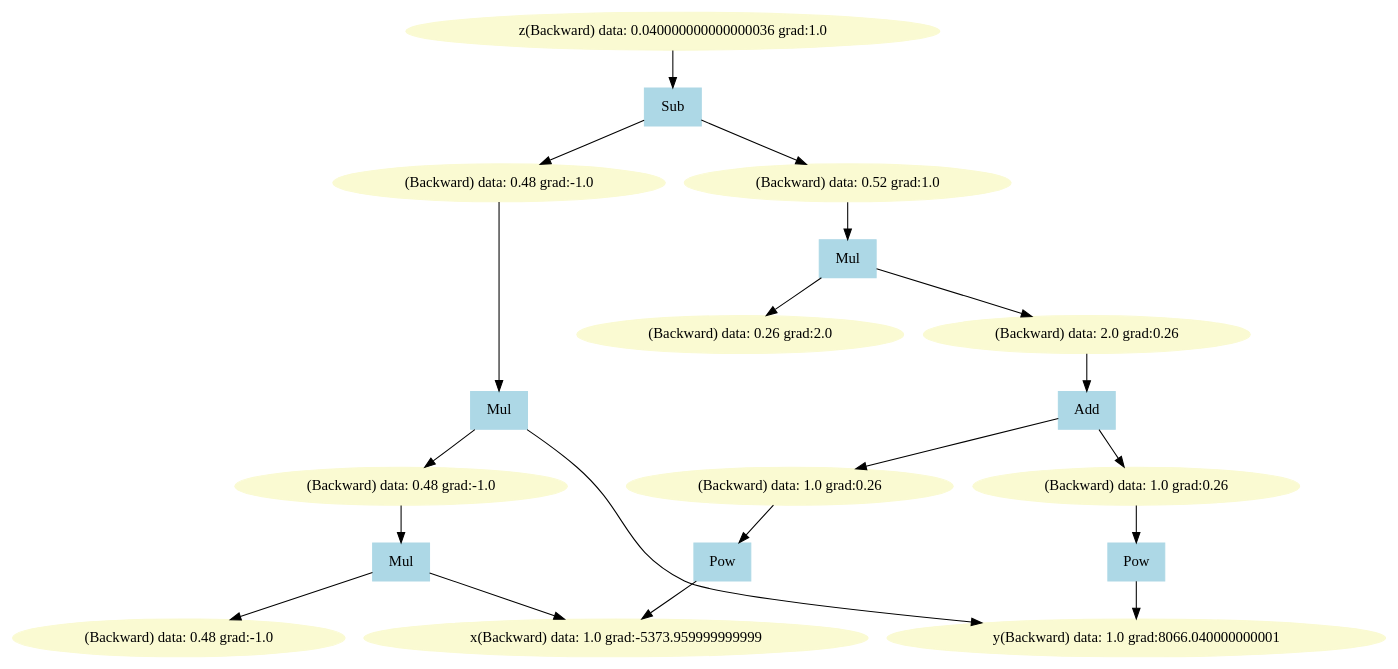
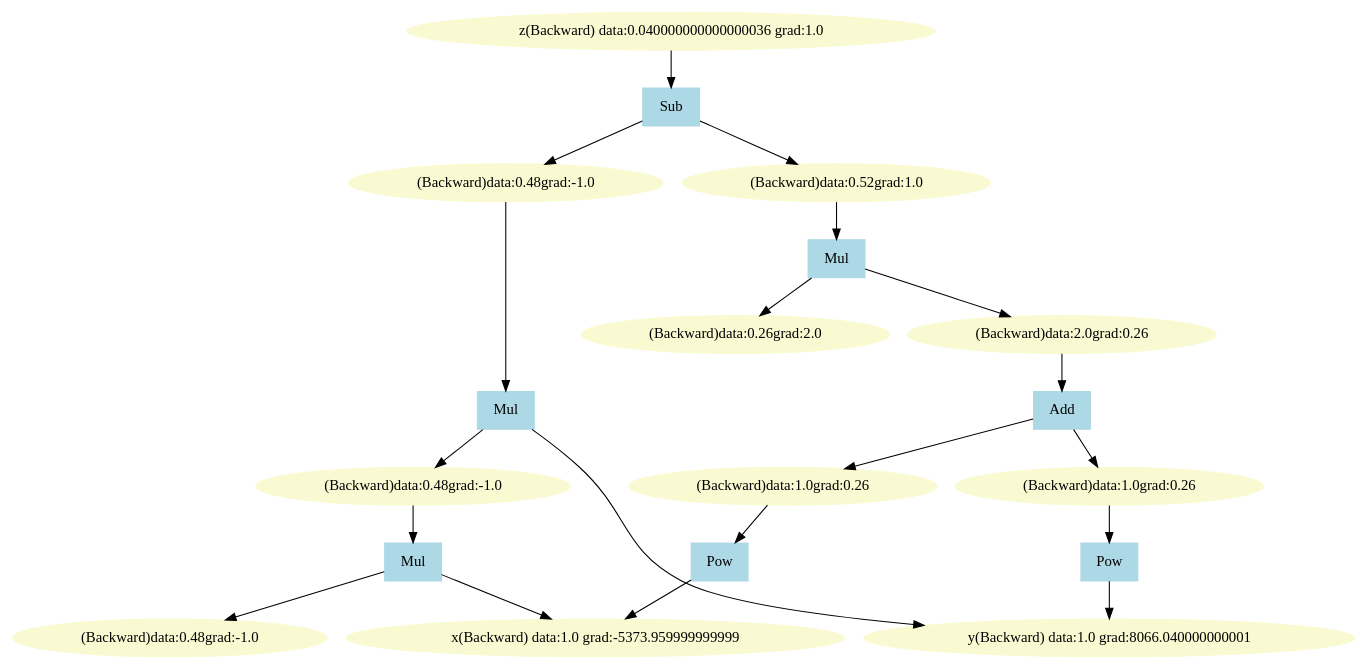
The diagram in LearnTorch_ALL/TeachImage/CGMap/matyasBackward.dot (ZeweiLi999/Large_Model_From_None), drawn with Graphviz before and after one commit. The commit also changed 47 other files, not shown here.

Commit message:
1.支持自动计算高阶导数，重写多个函数mul sub pow sin，新增cos函数 ；2.添加新可视化图片sin导数和y=x**4导数，新增GIF牛顿法可视化对比；3.重写readme为相对路径引用；4.为VirtualAssistant添加images文件夹

```diff
--- a/LearnTorch_ALL/TeachImage/CGMap/matyasBackward.dot
+++ b/LearnTorch_ALL/TeachImage/CGMap/matyasBackward.dot
@@ -1,41 +1,41 @@
 digraph g {
-2714442409104 [label="z(Backward) data: 0.040000000000000036 grad:1.0", color=lightgoldenrodyellow, style=filled]
-2714442409200 [label ="Sub", color=lightblue, style=filled, shape=box]
-2714442409200 -> 2714442409776
-2714442409200 -> 2714442409296
-2714442409104 -> 2714442409200
-2714442409776 [label="(Backward) data: 0.52 grad:1.0", color=lightgoldenrodyellow, style=filled]
-2714442409296 [label="(Backward) data: 0.48 grad:-1.0", color=lightgoldenrodyellow, style=filled]
-2714442409392 [label ="Mul", color=lightblue, style=filled, shape=box]
-2714442409392 -> 2714442409488
-2714442409392 -> 2716550835600
-2714442409296 -> 2714442409392
-2714442409488 [label="(Backward) data: 0.48 grad:-1.0", color=lightgoldenrodyellow, style=filled]
-2716550835600 [label="y(Backward) data: 1.0 grad:8066.040000000001", color=lightgoldenrodyellow, style=filled]
-2714442409680 [label ="Mul", color=lightblue, style=filled, shape=box]
-2714442409680 -> 2716550835648
-2714442409680 -> 2714442409584
-2714442409488 -> 2714442409680
-2716550835648 [label="x(Backward) data: 1.0 grad:-5373.959999999999", color=lightgoldenrodyellow, style=filled]
-2714442409584 [label="(Backward) data: 0.48 grad:-1.0", color=lightgoldenrodyellow, style=filled]
-2714442409968 [label ="Mul", color=lightblue, style=filled, shape=box]
-2714442409968 -> 2714442466448
-2714442409968 -> 2714442409872
-2714442409776 -> 2714442409968
-2714442466448 [label="(Backward) data: 2.0 grad:0.26", color=lightgoldenrodyellow, style=filled]
-2714442409872 [label="(Backward) data: 0.26 grad:2.0", color=lightgoldenrodyellow, style=filled]
-2714442466592 [label ="Add", color=lightblue, style=filled, shape=box]
-2714442466592 -> 2714442466736
-2714442466592 -> 2714442466640
-2714442466448 -> 2714442466592
-2714442466736 [label="(Backward) data: 1.0 grad:0.26", color=lightgoldenrodyellow, style=filled]
-2714442466640 [label="(Backward) data: 1.0 grad:0.26", color=lightgoldenrodyellow, style=filled]
-2714442466976 [label ="Pow", color=lightblue, style=filled, shape=box]
-2714442466976 -> 2716550835600
-2714442466640 -> 2714442466976
-2716550835600 [label="y(Backward) data: 1.0 grad:8066.040000000001", color=lightgoldenrodyellow, style=filled]
-2716550835504 [label ="Pow", color=lightblue, style=filled, shape=box]
-2716550835504 -> 2716550835648
-2714442466736 -> 2716550835504
-2716550835648 [label="x(Backward) data: 1.0 grad:-5373.959999999999", color=lightgoldenrodyellow, style=filled]
+Backward2667169911904 [label="z(Backward) data:0.040000000000000036 grad:1.0", color=lightgoldenrodyellow, style=filled]
+Backward2667169911808 [label ="Sub", color=lightblue, style=filled, shape=box]
+Backward2667169911808 -> Backward2667169911232
+Backward2667169911808 -> Backward2667169911712
+Backward2667169911904 -> Backward2667169911808
+Backward2667169911232 [label="(Backward)data:0.52grad:1.0", color=lightgoldenrodyellow, style=filled]
+Backward2667169911712 [label="(Backward)data:0.48grad:-1.0", color=lightgoldenrodyellow, style=filled]
+Backward2667169911616 [label ="Mul", color=lightblue, style=filled, shape=box]
+Backward2667169911616 -> Backward2667169911520
+Backward2667169911616 -> Backward2667152493296
+Backward2667169911712 -> Backward2667169911616
+Backward2667169911520 [label="(Backward)data:0.48grad:-1.0", color=lightgoldenrodyellow, style=filled]
+Backward2667152493296 [label="y(Backward) data:1.0 grad:8066.040000000001", color=lightgoldenrodyellow, style=filled]
+Backward2667169911328 [label ="Mul", color=lightblue, style=filled, shape=box]
+Backward2667169911328 -> Backward2667152493344
+Backward2667169911328 -> Backward2667169911424
+Backward2667169911520 -> Backward2667169911328
+Backward2667152493344 [label="x(Backward) data:1.0 grad:-5373.959999999999", color=lightgoldenrodyellow, style=filled]
+Backward2667169911424 [label="(Backward)data:0.48grad:-1.0", color=lightgoldenrodyellow, style=filled]
+Backward2667169911040 [label ="Mul", color=lightblue, style=filled, shape=box]
+Backward2667169911040 -> Backward2667169647344
+Backward2667169911040 -> Backward2667169911136
+Backward2667169911232 -> Backward2667169911040
+Backward2667169647344 [label="(Backward)data:2.0grad:0.26", color=lightgoldenrodyellow, style=filled]
+Backward2667169911136 [label="(Backward)data:0.26grad:2.0", color=lightgoldenrodyellow, style=filled]
+Backward2667169647440 [label ="Add", color=lightblue, style=filled, shape=box]
+Backward2667169647440 -> Backward2667169647680
+Backward2667169647440 -> Backward2667169647248
+Backward2667169647344 -> Backward2667169647440
+Backward2667169647680 [label="(Backward)data:1.0grad:0.26", color=lightgoldenrodyellow, style=filled]
+Backward2667169647248 [label="(Backward)data:1.0grad:0.26", color=lightgoldenrodyellow, style=filled]
+Backward2667169647776 [label ="Pow", color=lightblue, style=filled, shape=box]
+Backward2667169647776 -> Backward2667152493296
+Backward2667169647248 -> Backward2667169647776
+Backward2667152493296 [label="y(Backward) data:1.0 grad:8066.040000000001", color=lightgoldenrodyellow, style=filled]
+Backward2667152493248 [label ="Pow", color=lightblue, style=filled, shape=box]
+Backward2667152493248 -> Backward2667152493344
+Backward2667169647680 -> Backward2667152493248
+Backward2667152493344 [label="x(Backward) data:1.0 grad:-5373.959999999999", color=lightgoldenrodyellow, style=filled]
 }
```
